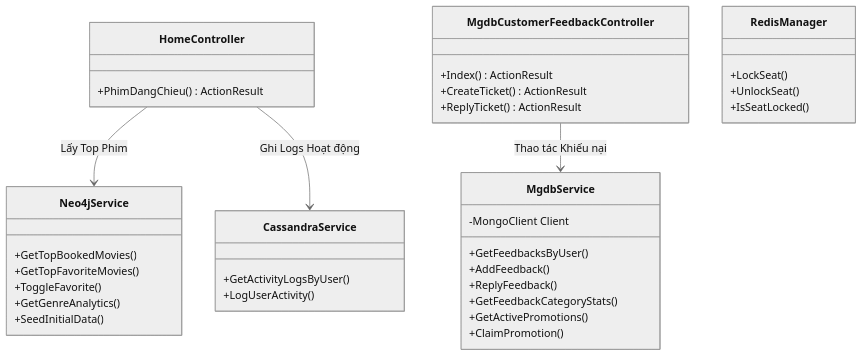
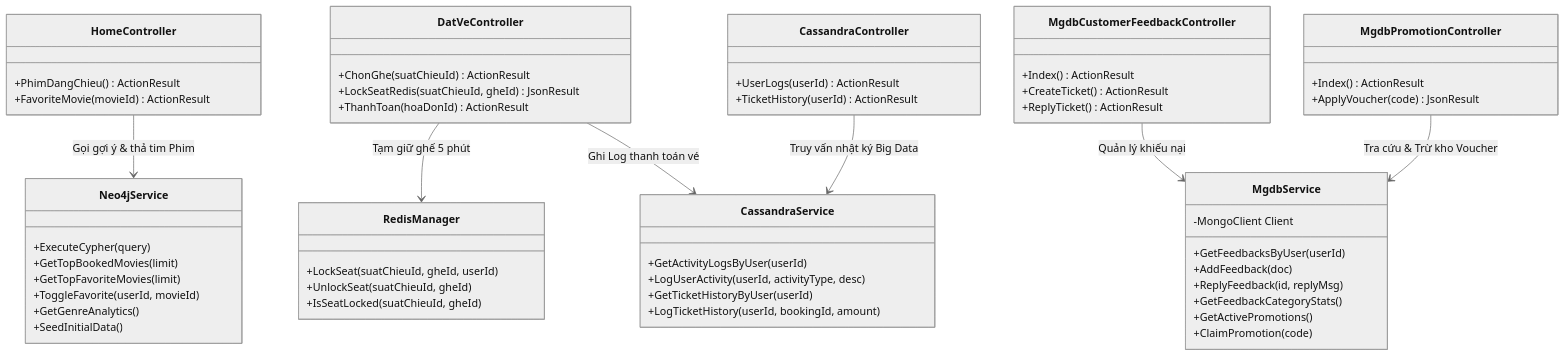
One commit to Anh-BE/WEB_DatVe_XemPhim changed the second of 10 diagrams in TaiLieu/TaiLieu_SDS_ToanBo_HeThong_Movana.md. Above: the diagram before and after it, drawn with Mermaid (neutral theme). The commit also changed 1 other file, not shown here.

Commit message:
[Doc] Cap nhat So do Lop (Class Diagram) Chuong 7 day du 5 CSDL Web Controllers va Data Services

````diff
--- a/TaiLieu/TaiLieu_SDS_ToanBo_HeThong_Movana.md
+++ b/TaiLieu/TaiLieu_SDS_ToanBo_HeThong_Movana.md
@@ -238,45 +238,68 @@
 ```mermaid
 classDiagram
     class HomeController {
         +PhimDangChieu() ActionResult
+        +FavoriteMovie(movieId) ActionResult
+    }
+
+    class DatVeController {
+        +ChonGhe(suatChieuId) ActionResult
+        +LockSeatRedis(suatChieuId, gheId) JsonResult
+        +ThanhToan(hoaDonId) ActionResult
     }
 
     class MgdbCustomerFeedbackController {
         +Index() ActionResult
         +CreateTicket() ActionResult
         +ReplyTicket() ActionResult
     }
 
+    class MgdbPromotionController {
+        +Index() ActionResult
+        +ApplyVoucher(code) JsonResult
+    }
+
+    class CassandraController {
+        +UserLogs(userId) ActionResult
+        +TicketHistory(userId) ActionResult
+    }
+
     class MgdbService {
         -MongoClient Client
-        +GetFeedbacksByUser()
-        +AddFeedback()
-        +ReplyFeedback()
+        +GetFeedbacksByUser(userId)
+        +AddFeedback(doc)
+        +ReplyFeedback(id, replyMsg)
         +GetFeedbackCategoryStats()
         +GetActivePromotions()
-        +ClaimPromotion()
+        +ClaimPromotion(code)
     }
 
     class Neo4jService {
-        +GetTopBookedMovies()
-        +GetTopFavoriteMovies()
-        +ToggleFavorite()
+        +ExecuteCypher(query)
+        +GetTopBookedMovies(limit)
+        +GetTopFavoriteMovies(limit)
+        +ToggleFavorite(userId, movieId)
         +GetGenreAnalytics()
         +SeedInitialData()
     }
 
     class CassandraService {
-        +GetActivityLogsByUser()
-        +LogUserActivity()
+        +GetActivityLogsByUser(userId)
+        +LogUserActivity(userId, activityType, desc)
+        +GetTicketHistoryByUser(userId)
+        +LogTicketHistory(userId, bookingId, amount)
     }
 
     class RedisManager {
-        +LockSeat()
-        +UnlockSeat()
-        +IsSeatLocked()
+        +LockSeat(suatChieuId, gheId, userId)
+        +UnlockSeat(suatChieuId, gheId)
+        +IsSeatLocked(suatChieuId, gheId)
     }
 
-    HomeController --> Neo4jService : Lấy Top Phim
-    MgdbCustomerFeedbackController --> MgdbService : Thao tác Khiếu nại
-    HomeController --> CassandraService : Ghi Logs Hoạt động
+    HomeController --> Neo4jService : Gọi gợi ý & thả tim Phim
+    DatVeController --> RedisManager : Tạm giữ ghế 5 phút
+    DatVeController --> CassandraService : Ghi Log thanh toán vé
+    MgdbCustomerFeedbackController --> MgdbService : Quản lý khiếu nại
+    MgdbPromotionController --> MgdbService : Tra cứu & Trừ kho Voucher
+    CassandraController --> CassandraService : Truy vấn nhật ký Big Data
 ```
````
